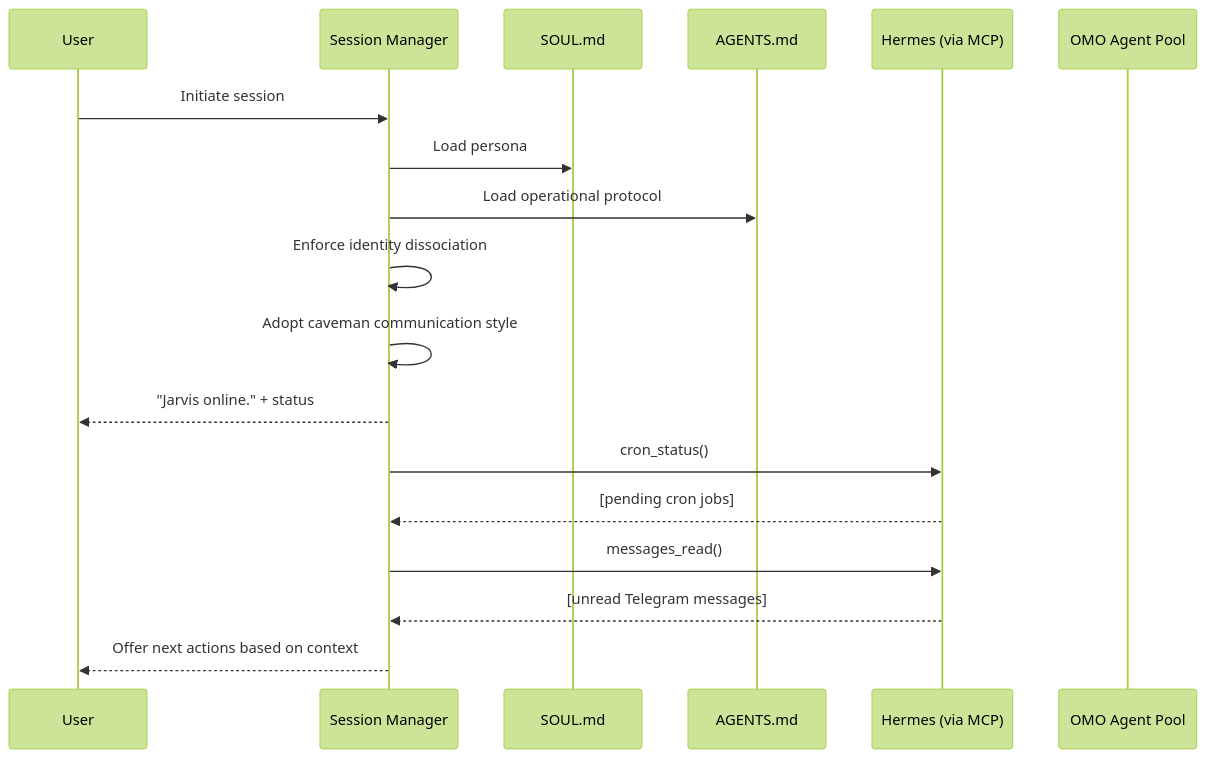
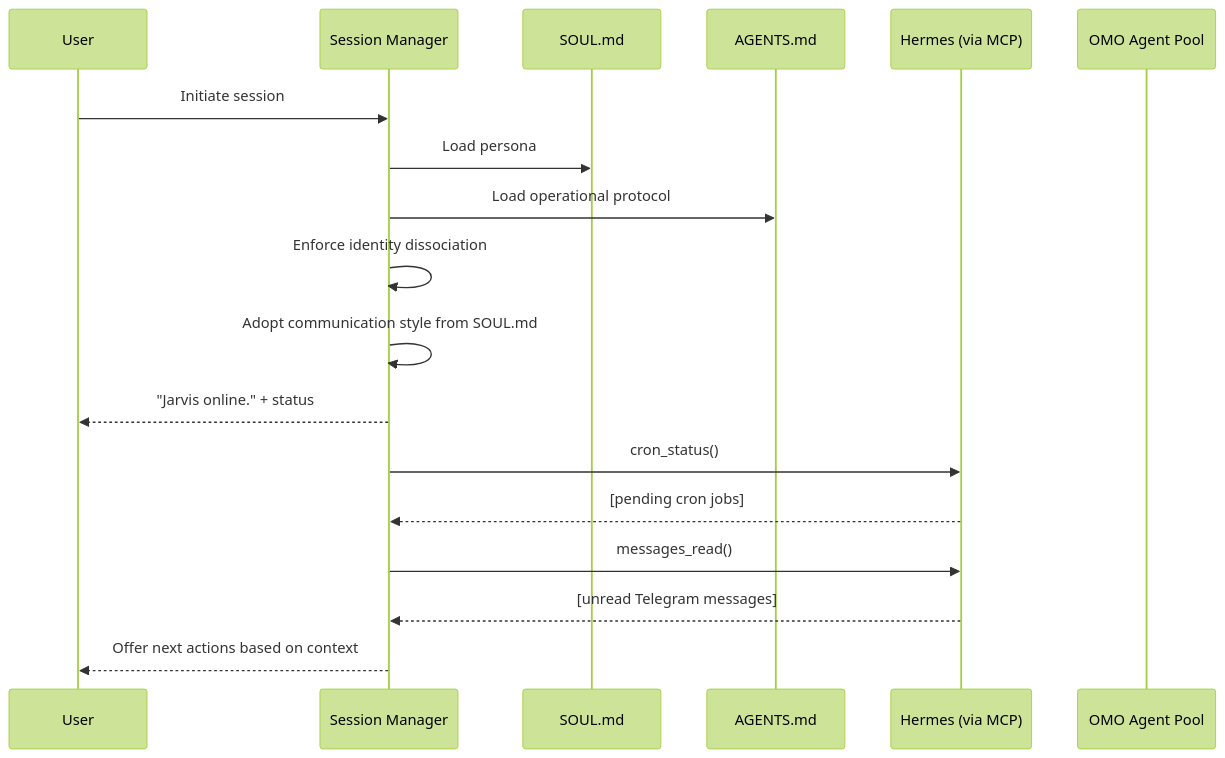
One commit to gajendravaradhan/persistent-agentic-reasoning-automation-mesh changed the third of 6 diagrams in specs/ARCHITECTURE.md. Above: the diagram before and after it, drawn with Mermaid (forest theme). The commit also changed 4 other files, not shown here.

````diff
--- a/specs/ARCHITECTURE.md
+++ b/specs/ARCHITECTURE.md
@@ -173,24 +173,24 @@
 ```mermaid
 sequenceDiagram
     participant USER as User
     participant SESSION as Session Manager
     participant SOUL as SOUL.md
     participant AGENTS as AGENTS.md
     participant HERMES as Hermes (via MCP)
     participant OMO as OMO Agent Pool
 
     USER->>SESSION: Initiate session
     SESSION->>SOUL: Load persona
     SESSION->>AGENTS: Load operational protocol
     SESSION->>SESSION: Enforce identity dissociation
-    SESSION->>SESSION: Adopt caveman communication style
+    SESSION->>SESSION: Adopt communication style from SOUL.md
     SESSION-->>USER: "Jarvis online." + status
 
     SESSION->>HERMES: cron_status()
     HERMES-->>SESSION: [pending cron jobs]
 
     SESSION->>HERMES: messages_read()
     HERMES-->>SESSION: [unread Telegram messages]
 
     SESSION-->>USER: Offer next actions based on context
 ```
````
